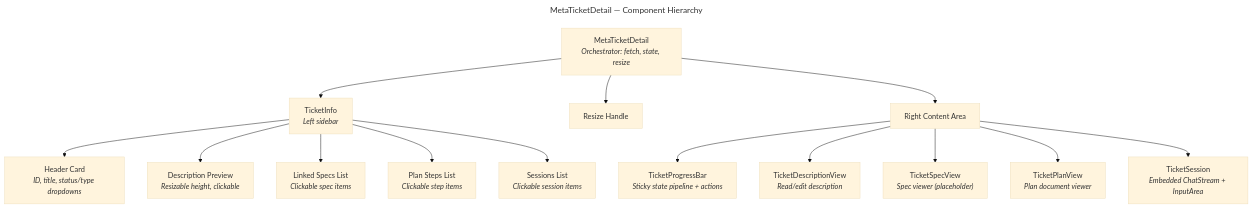
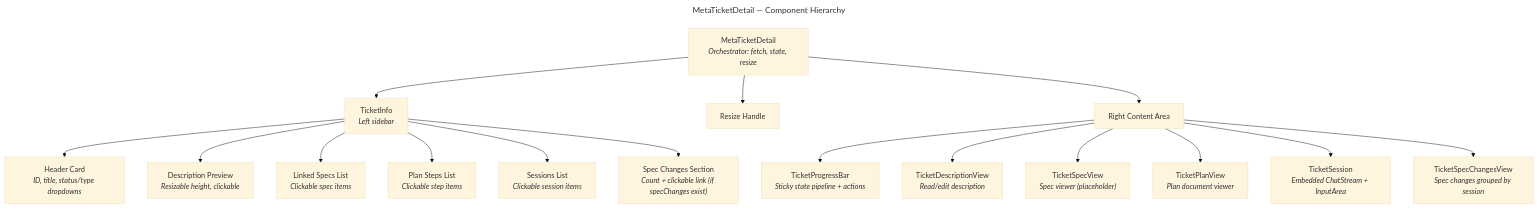
One commit to JetBrains/thinkrail changed the first of 2 diagrams in frontend/src/components/MetaTicketDetail/README.md. Above: the diagram before and after it, drawn with Mermaid (base theme). The commit also changed other lines of this file and 30 other files, not shown here.

First line of the commit message:
feat: redesign meta-ticket flow with 6-state pipeline, spec-diffs, and plan milestones

````diff
--- a/frontend/src/components/MetaTicketDetail/README.md
+++ b/frontend/src/components/MetaTicketDetail/README.md
@@ -24,23 +24,25 @@
 ```mermaid
 ---
 title: MetaTicketDetail — Component Hierarchy
 ---
 graph TD
     MetaTicketDetail["MetaTicketDetail<br/><i>Orchestrator: fetch, state, resize</i>"]
 
     MetaTicketDetail --> TicketInfo["TicketInfo<br/><i>Left sidebar</i>"]
     MetaTicketDetail --> ResizeHandle["Resize Handle"]
     MetaTicketDetail --> RightArea["Right Content Area"]
 
     RightArea --> TicketProgressBar["TicketProgressBar<br/><i>Sticky state pipeline + actions</i>"]
     RightArea --> TicketDescriptionView["TicketDescriptionView<br/><i>Read/edit description</i>"]
     RightArea --> TicketSpecView["TicketSpecView<br/><i>Spec viewer (placeholder)</i>"]
     RightArea --> TicketPlanView["TicketPlanView<br/><i>Plan document viewer</i>"]
     RightArea --> TicketSession["TicketSession<br/><i>Embedded ChatStream + InputArea</i>"]
+    RightArea --> TicketSpecChangesView["TicketSpecChangesView<br/><i>Spec changes grouped by session</i>"]
 
     TicketInfo --> Header["Header Card<br/><i>ID, title, status/type dropdowns</i>"]
     TicketInfo --> DescPreview["Description Preview<br/><i>Resizable height, clickable</i>"]
     TicketInfo --> SpecsList["Linked Specs List<br/><i>Clickable spec items</i>"]
     TicketInfo --> PlanSteps["Plan Steps List<br/><i>Clickable step items</i>"]
     TicketInfo --> SessionsList["Sessions List<br/><i>Clickable session items</i>"]
+    TicketInfo --> SpecChangesSec["Spec Changes Section<br/><i>Count + clickable link (if specChanges exist)</i>"]
 ```
````
